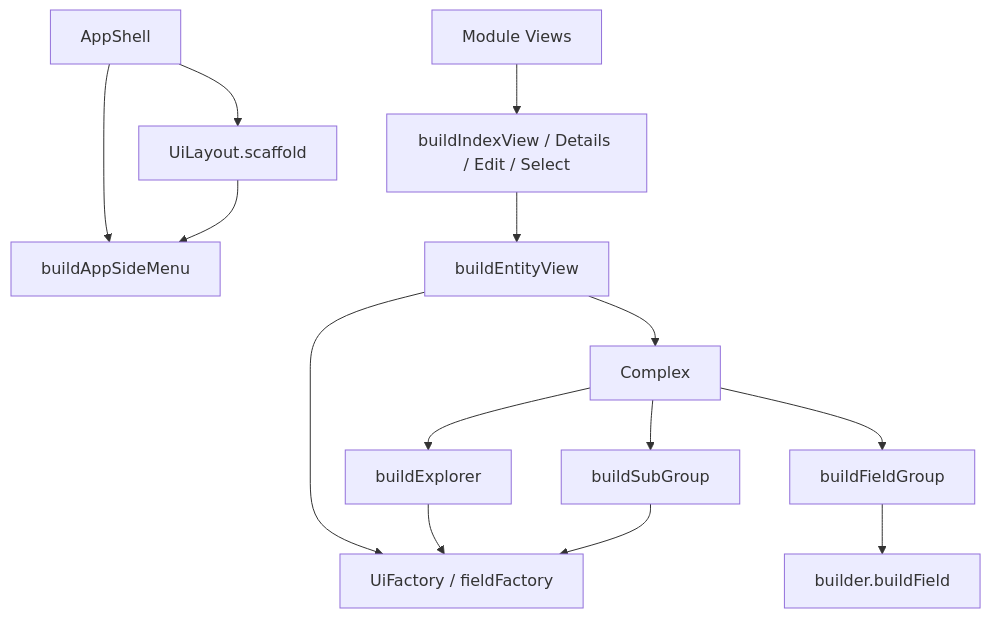
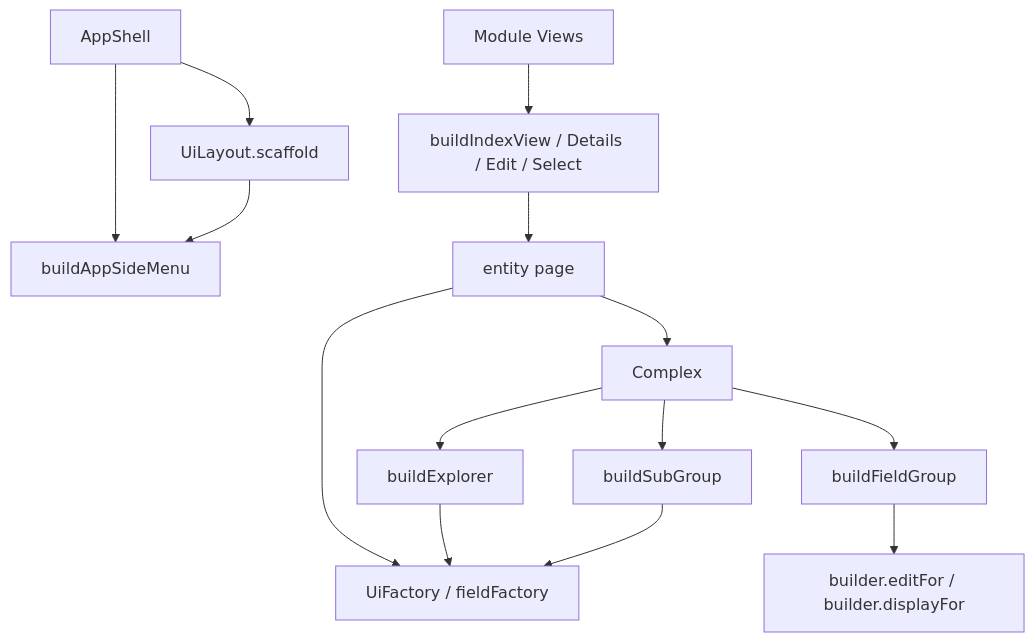
One commit to Roy7611/mmda-vue changed the diagram in packages/core/docs/ui/ui_four_roles_design.md. Above: the diagram before and after it, drawn with Mermaid. The commit also changed other lines of this file and 153 other files, not shown here.

Commit message:
refactor(core): reorganize utils, tighten logic types and add architecture gate

````diff
--- a/packages/core/docs/ui/ui_four_roles_design.md
+++ b/packages/core/docs/ui/ui_four_roles_design.md
@@ -32,20 +32,20 @@
 ```mermaid
 flowchart TB
   app[AppShell]
   mod[Module Views]
   cx[Complex]
   fact[UiFactory / fieldFactory]
   app --> layoutApp[UiLayout.scaffold]
   app --> side[buildAppSideMenu]
   layoutApp --> side
   mod --> named["buildIndexView / Details / Edit / Select"]
-  named --> entity[buildEntityView]
+  named --> entity[entity page]
   entity --> cx
   entity --> fact
   cx --> ex[buildExplorer]
   cx --> grp[buildFieldGroup]
   cx --> sub[buildSubGroup]
   ex --> fact
-  grp --> fld[builder.buildField]
+  grp --> fld[builder.editFor / builder.displayFor]
   sub --> fact
 ```
````
